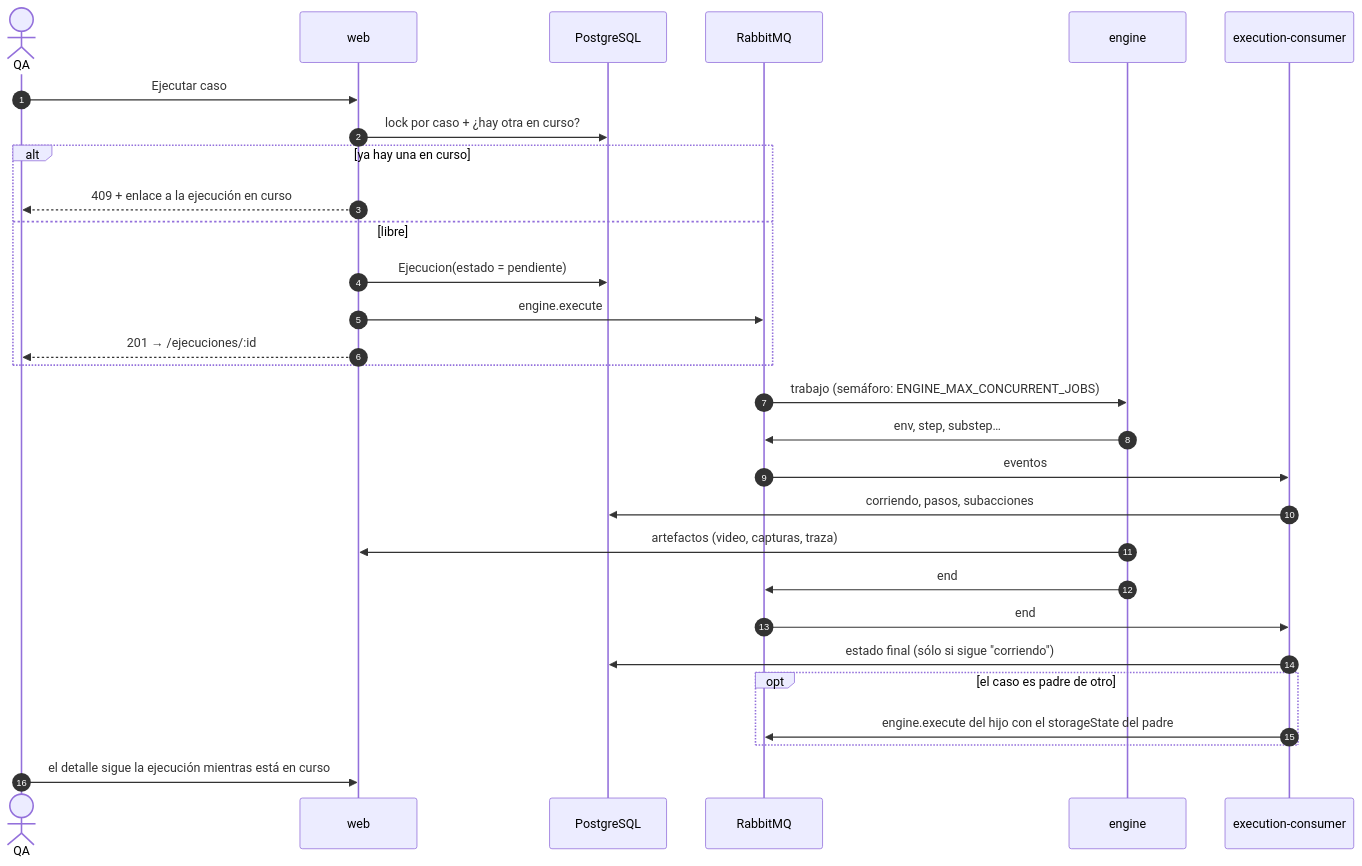
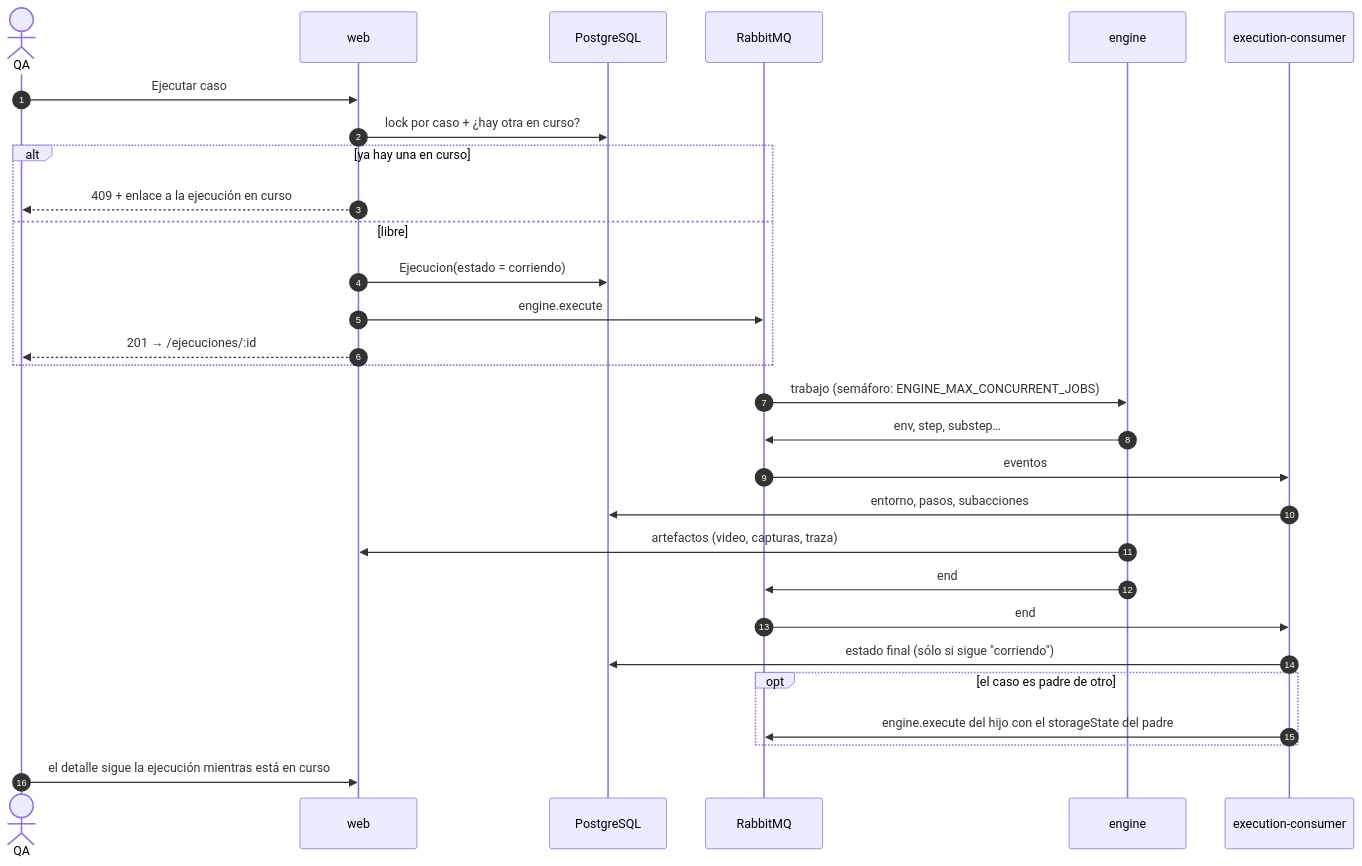
One commit to ggutierrez-VortexBird/playwright_vortex changed the second of 3 diagrams in docs/arquitectura.md. Above: the diagram before and after it, drawn with Mermaid. The commit also changed other lines of this file and 7 other files, not shown here.

````diff
--- a/docs/arquitectura.md
+++ b/docs/arquitectura.md
@@ -60,32 +60,32 @@
 ```mermaid
 sequenceDiagram
   autonumber
   actor QA
   participant W as web
   participant DB as PostgreSQL
   participant Q as RabbitMQ
   participant E as engine
   participant C as execution-consumer
 
   QA->>W: Ejecutar caso
   W->>DB: lock por caso + ¿hay otra en curso?
   alt ya hay una en curso
     W-->>QA: 409 + enlace a la ejecución en curso
   else libre
-    W->>DB: Ejecucion(estado = pendiente)
+    W->>DB: Ejecucion(estado = corriendo)
     W->>Q: engine.execute
     W-->>QA: 201 → /ejecuciones/:id
   end
   Q->>E: trabajo (semáforo: ENGINE_MAX_CONCURRENT_JOBS)
   E->>Q: env, step, substep…
   Q->>C: eventos
-  C->>DB: corriendo, pasos, subacciones
+  C->>DB: entorno, pasos, subacciones
   E->>W: artefactos (video, capturas, traza)
   E->>Q: end
   Q->>C: end
   C->>DB: estado final (sólo si sigue "corriendo")
   opt el caso es padre de otro
     C->>Q: engine.execute del hijo con el storageState del padre
   end
   QA->>W: el detalle sigue la ejecución mientras está en curso
 ```
````
